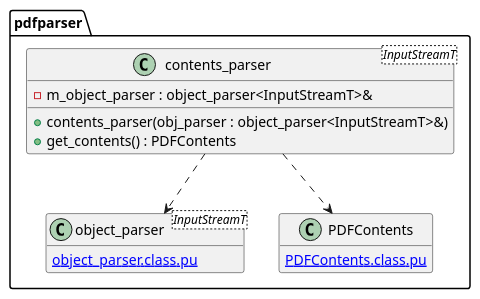
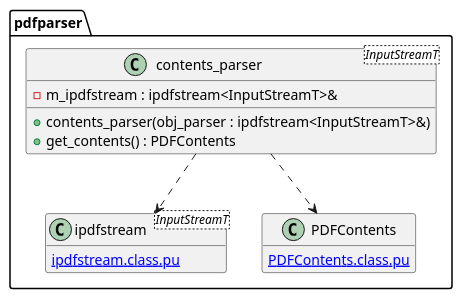
Before and after one commit to KodaiYM/PDFReader: the diagram in document/document_reader/page_tree_parser/page_parser/contents_parser/contents_parser.class.pu, drawn with PlantUML. The commit also changed 20 other files, not shown here.

```diff
--- a/document/document_reader/page_tree_parser/page_parser/contents_parser/contents_parser.class.pu
+++ b/document/document_reader/page_tree_parser/page_parser/contents_parser/contents_parser.class.pu
@@ -1,19 +1,19 @@
 @startuml contents_parser
 hide empty members
 namespace pdfparser {
 class contents_parser<InputStreamT> {
-	-m_object_parser : object_parser<InputStreamT>&
+	-m_ipdfstream : ipdfstream<InputStreamT>&
 
-	+contents_parser(obj_parser : object_parser<InputStreamT>&)
+	+contents_parser(obj_parser : ipdfstream<InputStreamT>&)
 	+get_contents() : PDFContents
 }
-contents_parser ..> object_parser
+contents_parser ..> ipdfstream
 contents_parser ..> PDFContents
 
-class object_parser<InputStreamT> {
-	[[object_parser.class.pu]]
+class ipdfstream<InputStreamT> {
+	[[ipdfstream.class.pu]]
 }
 class PDFContents {
 	[[PDFContents.class.pu]]
 }
 @enduml
```
